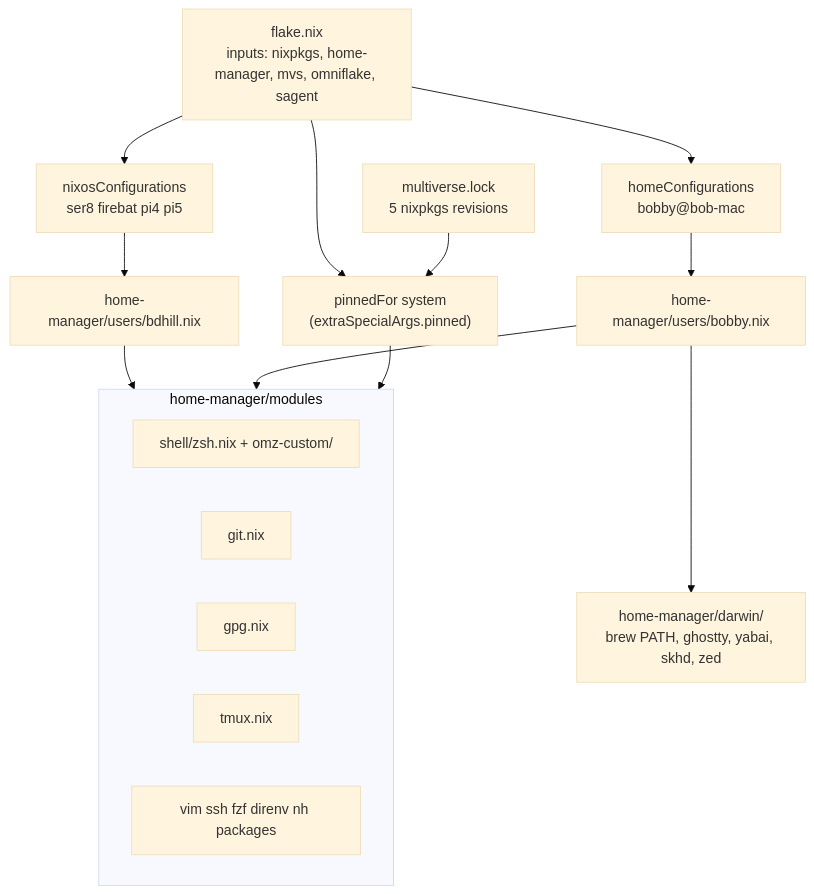
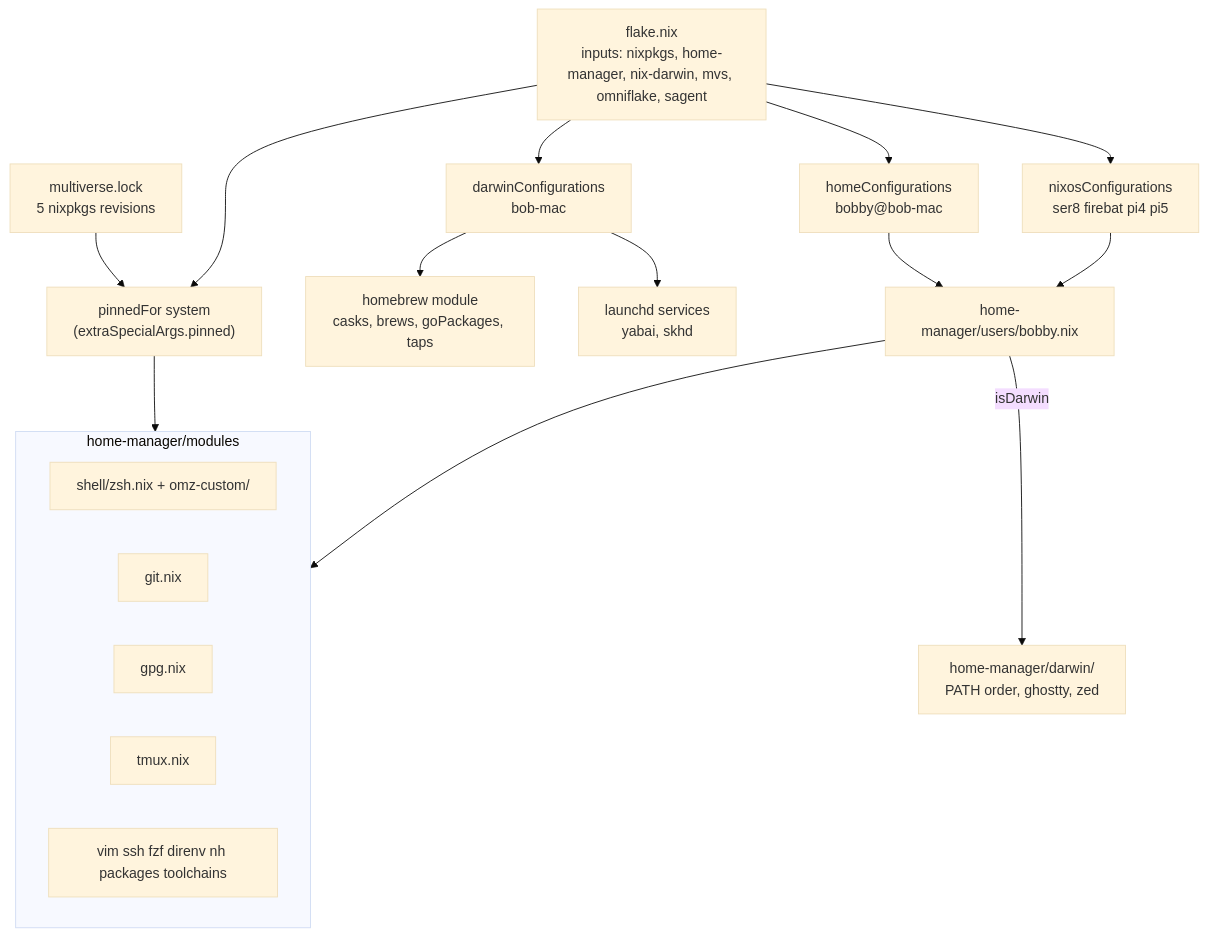
The second of 5 diagrams in .planning/home-manager-migration-plan.md (catgrep/nixos-config), drawn with Mermaid (base theme) before and after one commit. The commit also changed other lines of this file, not shown here.

First line of the commit message:
planning: revise the Home Manager plan after review

````diff
--- a/.planning/home-manager-migration-plan.md
+++ b/.planning/home-manager-migration-plan.md
@@ -63,22 +71,24 @@
 ```mermaid
 flowchart TB
-  root["flake.nix<br/>inputs: nixpkgs, home-manager, mvs, omniflake, sagent"]
+  root["flake.nix<br/>inputs: nixpkgs, home-manager, nix-darwin, mvs, omniflake, sagent"]
   lock["multiverse.lock<br/>5 nixpkgs revisions"]
   root --> pinned["pinnedFor system<br/>(extraSpecialArgs.pinned)"]
   lock --> pinned
   root --> hosts["nixosConfigurations<br/>ser8 firebat pi4 pi5"]
+  root --> darwinCfg["darwinConfigurations<br/>bob-mac"]
+  darwinCfg --> brewmod["homebrew module<br/>casks, brews, goPackages, taps"]
+  darwinCfg --> launchd["launchd services<br/>yabai, skhd"]
   root --> mac["homeConfigurations<br/>bobby@bob-mac"]
-  hosts --> bdhill["home-manager/users/bdhill.nix"]
-  mac --> bobby["home-manager/users/bobby.nix"]
-  bdhill --> shared
+  hosts --> bobby["home-manager/users/bobby.nix"]
+  mac --> bobby
   bobby --> shared
-  bobby --> darwin["home-manager/darwin/<br/>brew PATH, ghostty, yabai, skhd, zed"]
+  bobby -->|"isDarwin"| darwin["home-manager/darwin/<br/>PATH order, ghostty, zed"]
   subgraph shared [home-manager/modules]
     zsh["shell/zsh.nix + omz-custom/"]
     git["git.nix"]
     gpg["gpg.nix"]
     tmux["tmux.nix"]
-    misc["vim ssh fzf direnv nh packages"]
+    misc["vim ssh fzf direnv nh packages toolchains"]
   end
   pinned --> shared
 ```
````
